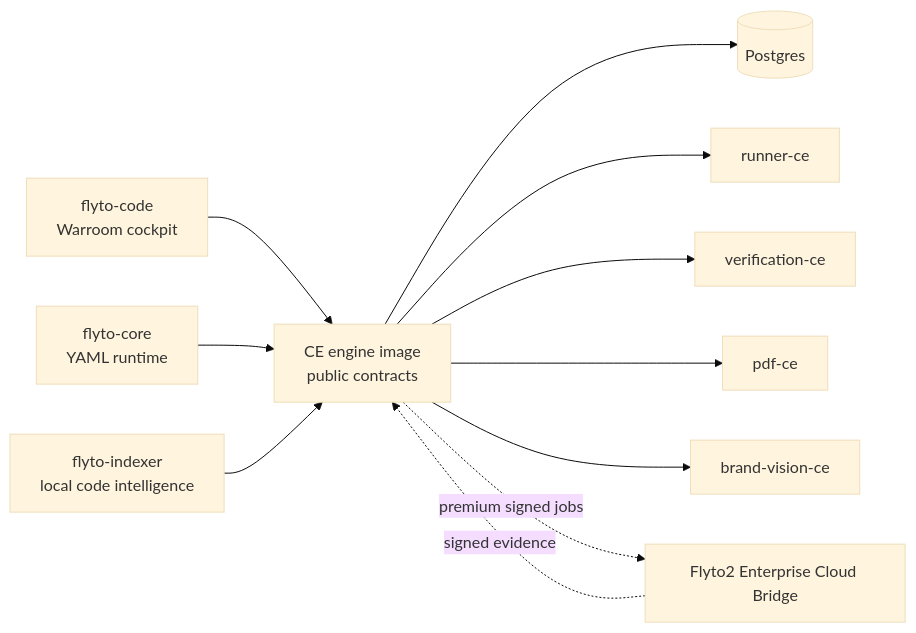
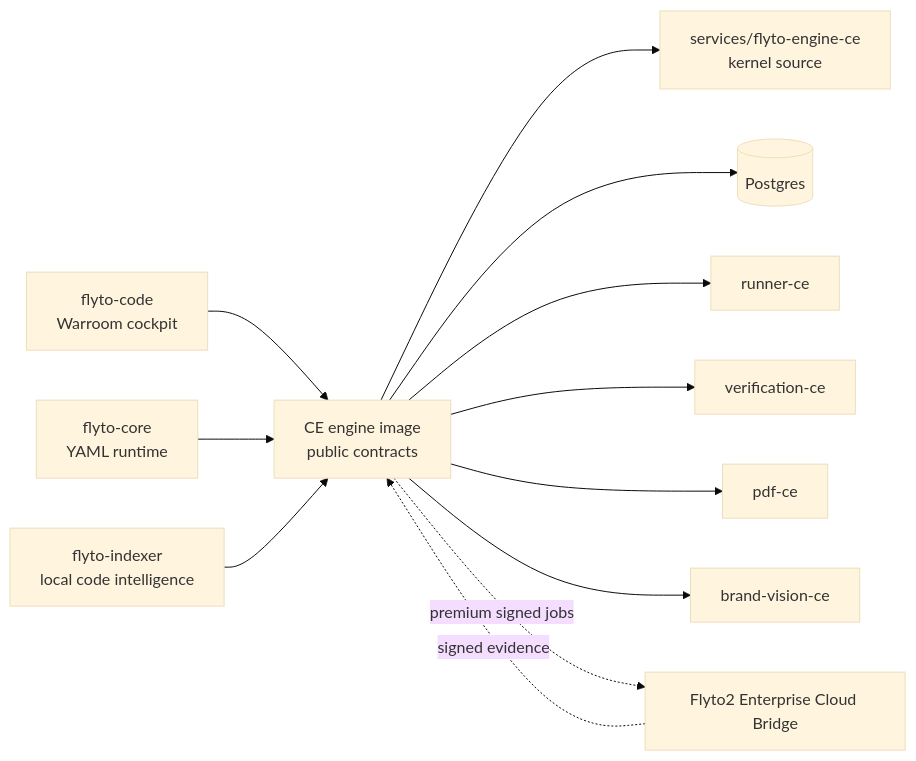
The diagram in README.md (flytohub/flyto-warroom), drawn with Mermaid (base theme) before and after one commit. The commit also changed other lines of this file and 129 other files, not shown here.

Commit message:
Publish engine CE source kernel

````diff
--- a/README.md
+++ b/README.md
@@ -80,13 +80,14 @@
 ```mermaid
 flowchart LR
   UI["flyto-code<br/>Warroom cockpit"] --> API["CE engine image<br/>public contracts"]
+  API --> KERNEL["services/flyto-engine-ce<br/>kernel source"]
   API --> DB[("Postgres")]
   API --> Runner["runner-ce"]
   API --> Verify["verification-ce"]
   API --> PDF["pdf-ce"]
   API --> Vision["brand-vision-ce"]
   Core["flyto-core<br/>YAML runtime"] --> API
   Indexer["flyto-indexer<br/>local code intelligence"] --> API
   API -. premium signed jobs .-> Cloud["Flyto2 Enterprise Cloud Bridge"]
   Cloud -. signed evidence .-> API
 ```
````
